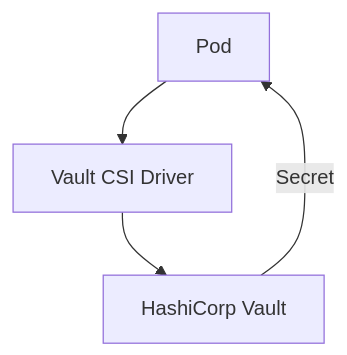
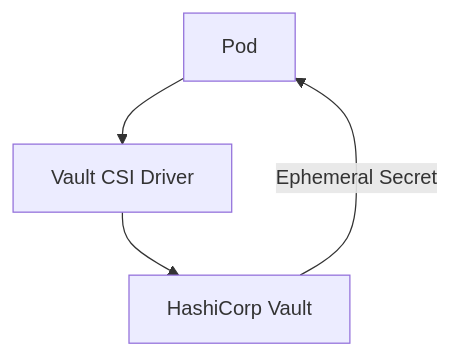
One commit to Devopstrio/hybrid-kubernetes-pattern changed diagram 16 of 30 in README.md. Above: the diagram before and after it, drawn with Mermaid. The commit also changed other lines of this file, not shown here.

Commit message:
docs: finalize premium institutional-grade README with 30+ diagrams and executive summary

````diff
--- a/README.md
+++ b/README.md
@@ -160,6 +203,6 @@
 ```mermaid
 graph TD
     Pod --> CSI[Vault CSI Driver]
     CSI --> Vault[HashiCorp Vault]
-    Vault -->|Secret| Pod
+    Vault -->|Ephemeral Secret| Pod
 ```
````
